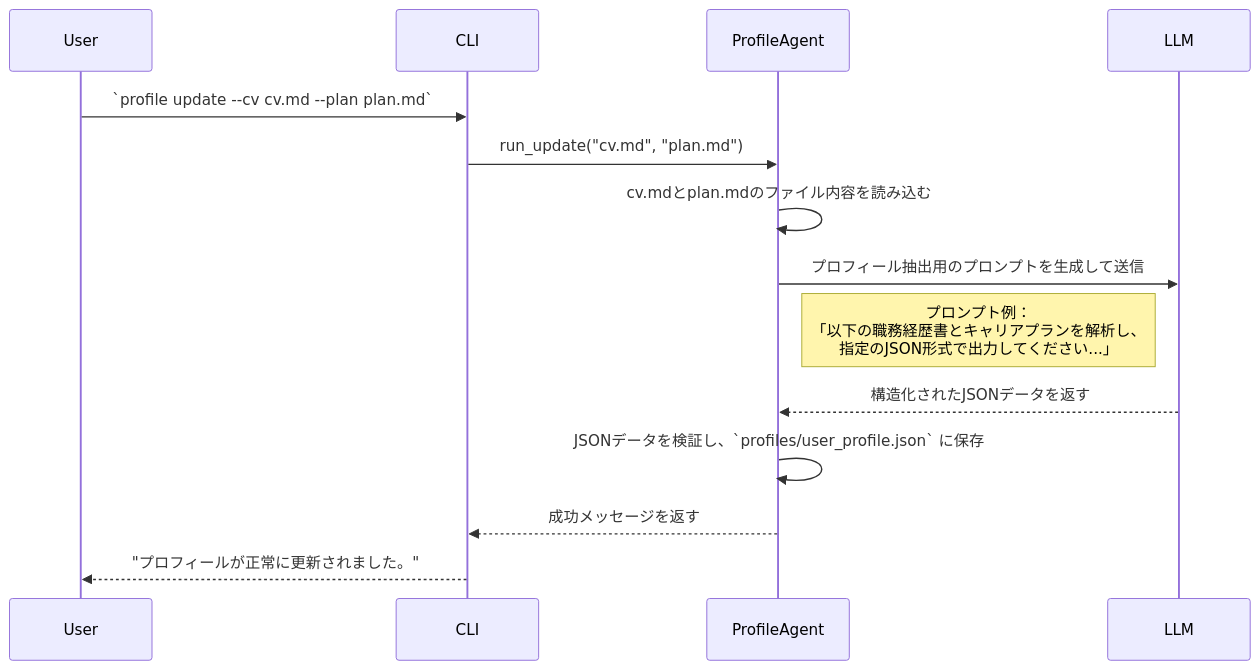
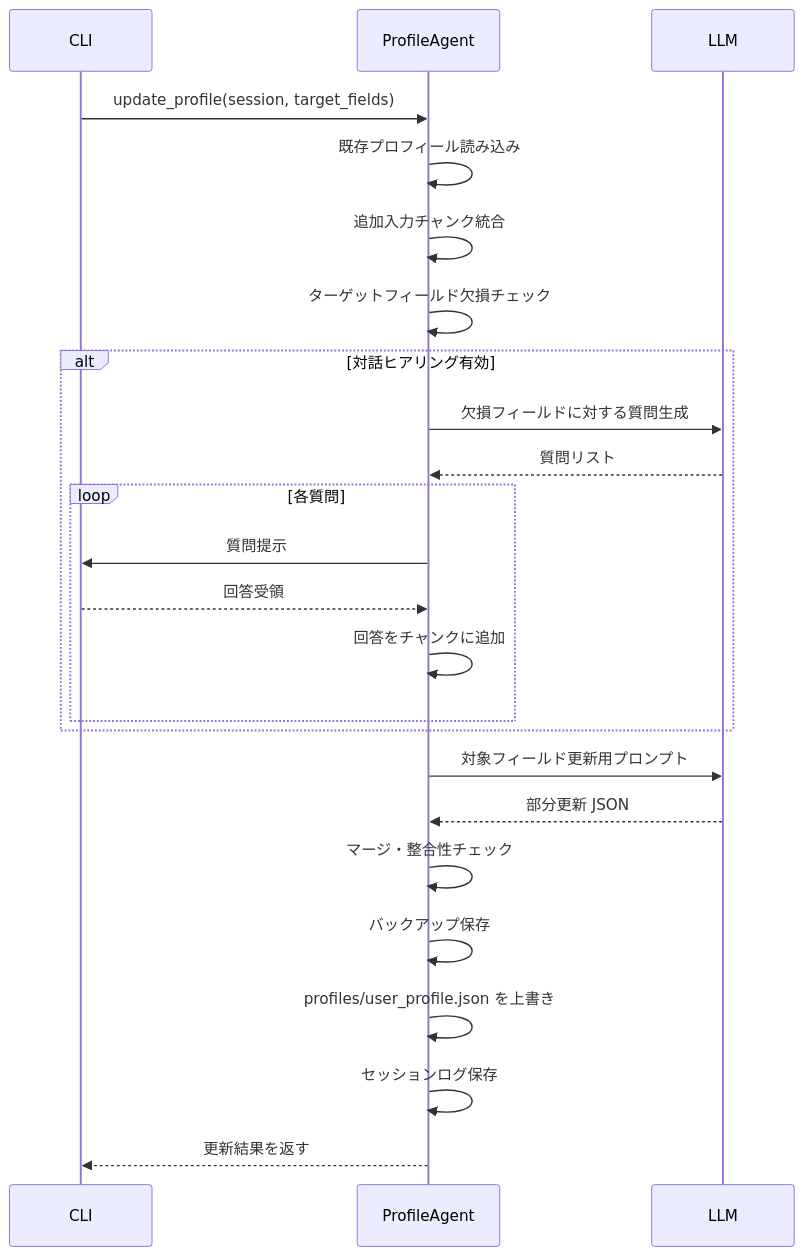
One commit to n4cl/career-agent changed the second of 3 diagrams in docs/profile_agent_design.md. Above: the diagram before and after it, drawn with Mermaid. The commit also changed other lines of this file and 1 other file, not shown here.

````diff
--- a/docs/profile_agent_design.md
+++ b/docs/profile_agent_design.md
@@ -88,17 +449,27 @@
 ```mermaid
 sequenceDiagram
-    participant User
     participant CLI
     participant ProfileAgent
     participant LLM
 
-    User->>CLI: `profile update --cv cv.md --plan plan.md`
-    CLI->>ProfileAgent: run_update("cv.md", "plan.md")
-    ProfileAgent->>ProfileAgent: cv.mdとplan.mdのファイル内容を読み込む
-    ProfileAgent->>LLM: プロフィール抽出用のプロンプトを生成して送信
-    Note right of ProfileAgent: プロンプト例：<br/>「以下の職務経歴書とキャリアプランを解析し、<br/>指定のJSON形式で出力してください...」
-    LLM-->>ProfileAgent: 構造化されたJSONデータを返す
-    ProfileAgent->>ProfileAgent: JSONデータを検証し、`profiles/user_profile.json` に保存
-    ProfileAgent-->>CLI: 成功メッセージを返す
-    CLI-->>User: "プロフィールが正常に更新されました。"
+    CLI->>ProfileAgent: update_profile(session, target_fields)
+    ProfileAgent->>ProfileAgent: 既存プロフィール読み込み
+    ProfileAgent->>ProfileAgent: 追加入力チャンク統合
+    ProfileAgent->>ProfileAgent: ターゲットフィールド欠損チェック
+    alt 対話ヒアリング有効
+        ProfileAgent->>LLM: 欠損フィールドに対する質問生成
+        LLM-->>ProfileAgent: 質問リスト
+        loop 各質問
+            ProfileAgent->>CLI: 質問提示
+            CLI-->>ProfileAgent: 回答受領
+            ProfileAgent->>ProfileAgent: 回答をチャンクに追加
+        end
+    end
+    ProfileAgent->>LLM: 対象フィールド更新用プロンプト
+    LLM-->>ProfileAgent: 部分更新 JSON
+    ProfileAgent->>ProfileAgent: マージ・整合性チェック
+    ProfileAgent->>ProfileAgent: バックアップ保存
+    ProfileAgent->>ProfileAgent: profiles/user_profile.json を上書き
+    ProfileAgent->>ProfileAgent: セッションログ保存
+    ProfileAgent-->>CLI: 更新結果を返す
 ```
````
